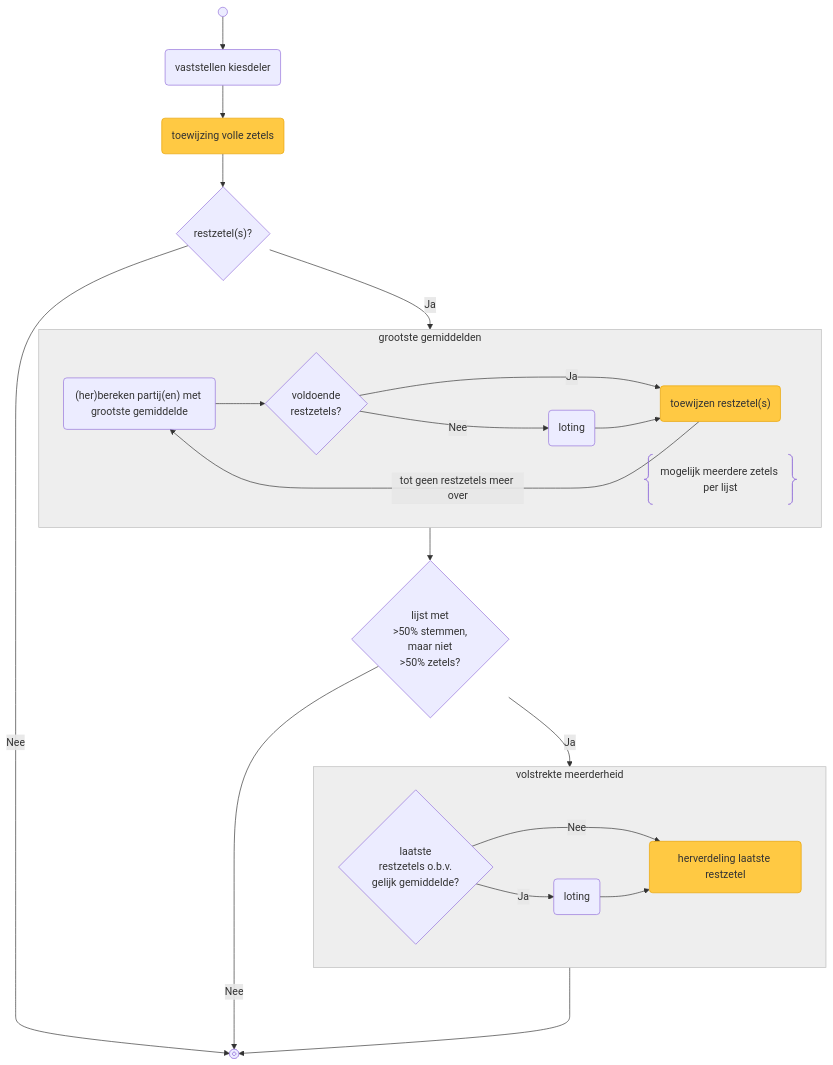
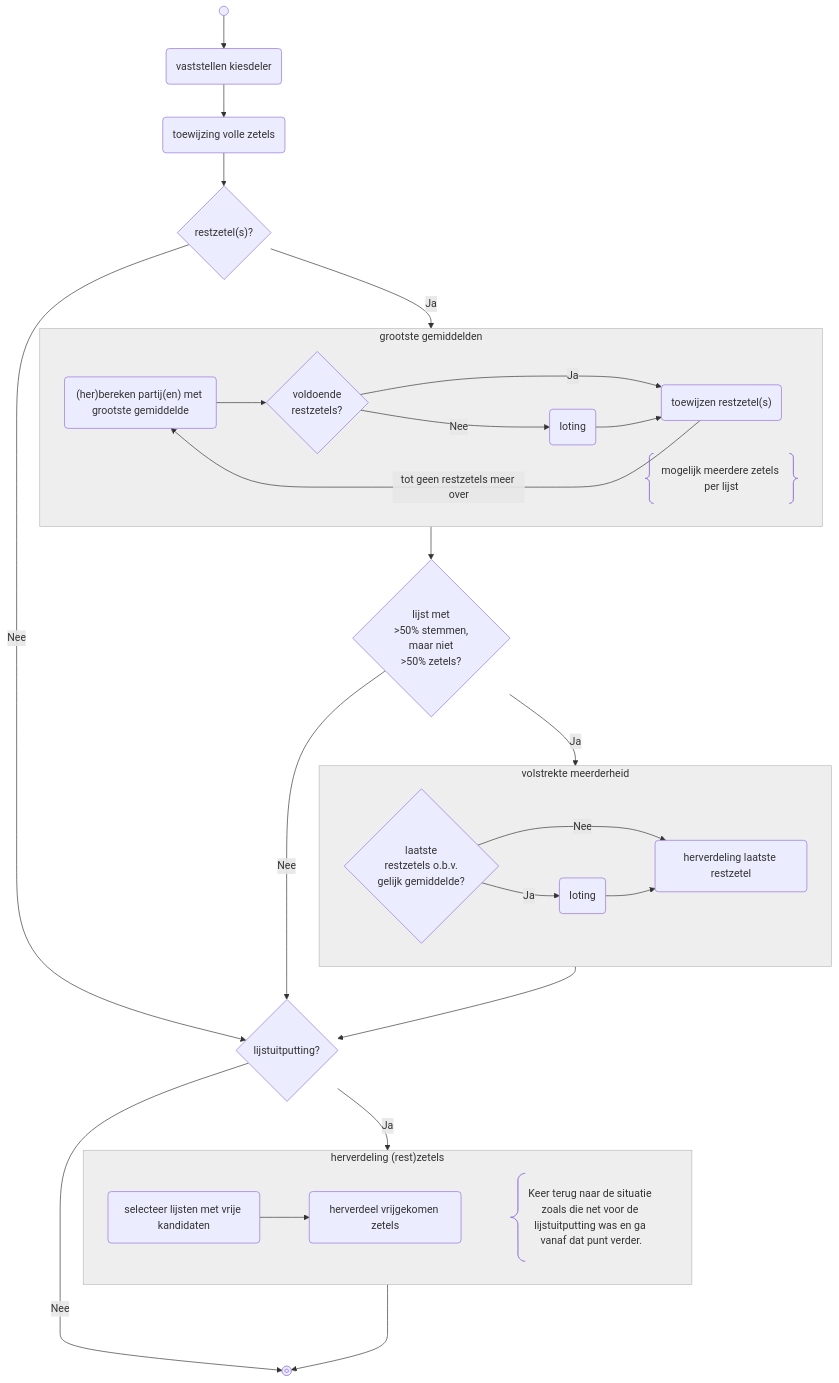
The first of 2 diagrams in verkiezingsproces/zetelverdeling-GR-flowchart.md (kiesraad/abacus-documentatie), drawn with Mermaid before and after one commit. The commit also changed other lines of this file, not shown here.

Commit message:
updates flowcharts so lijstuitputting is its own step

````diff
--- a/verkiezingsproces/zetelverdeling-GR-flowchart.md
+++ b/verkiezingsproces/zetelverdeling-GR-flowchart.md
@@ -10,61 +8,74 @@
 ```mermaid
 flowchart
     %% styling
-    classDef lijstuitputting fill:#ffc943,stroke:#e8a302
     classDef greyFill fill:#eee,stroke:#bbb;
 
     %% elements
     flow_start@{ shape: sm-circ, label: "start" }
     flow_end@{ shape: framed-circle, label: "end" }
 
     vaststellen_kiesdeler(vaststellen kiesdeler)
     toewijzing_volle_zetels(toewijzing volle zetels)
-    class toewijzing_volle_zetels lijstuitputting
 
     restzetels{"restzetel(s)?"}
 
     bereken_partijen_met_grootste_gemiddelde("(her)bereken partij(en) met grootste gemiddelde")
     voldoende_restzetels{voldoende<br/>restzetels?}
     loting_grootste_gemiddelden(loting)
     toewijzen_restzetels("toewijzen restzetel(s)")
-    class toewijzen_restzetels lijstuitputting
 
     meerderheid_aan_stemmen_maar_niet_zetels{lijst met<br/>>50% stemmen,<br/>maar niet<br/>>50% zetels?}
     laatste_restzetels_obv_gelijk_gemiddelde{laatste<br/>restzetels o.b.v.<br/>gelijk gemiddelde?}
     loting_volstrekte_meerderheid(loting)
     herverdeling_laatste_restzetel(herverdeling laatste restzetel)
-    class herverdeling_laatste_restzetel lijstuitputting
+
+    lijstuitputting{"lijstuitputting?"}
+    lijsten_met_vrije_kandidaten("selecteer lijsten met vrije kandidaten")
+    herverdeling_vrijgekomen_zetels("herverdeel vrijgekomen zetels")
 
     %% flow
     flow_start --> vaststellen_kiesdeler
     vaststellen_kiesdeler --> toewijzing_volle_zetels
     toewijzing_volle_zetels --> restzetels
 
-    restzetels -->|Nee| flow_end
+    restzetels -->|Nee| lijstuitputting
     restzetels -->|Ja| grootste_gemiddelden
 
     subgraph grootste_gemiddelden["grootste gemiddelden"]
         direction LR
         bereken_partijen_met_grootste_gemiddelde --> voldoende_restzetels
         voldoende_restzetels -->|Ja| toewijzen_restzetels
         voldoende_restzetels -->|Nee| loting_grootste_gemiddelden
         loting_grootste_gemiddelden --> toewijzen_restzetels
         toewijzen_restzetels -->|tot geen restzetels meer over| bereken_partijen_met_grootste_gemiddelde
         comment_grootste_gemiddelden@{ shape: braces, label: "mogelijk meerdere zetels per lijst" }
     end
     class grootste_gemiddelden greyFill;
 
     grootste_gemiddelden --> meerderheid_aan_stemmen_maar_niet_zetels
     meerderheid_aan_stemmen_maar_niet_zetels -->|Ja| volstrekte_meerderheid
-    meerderheid_aan_stemmen_maar_niet_zetels --->|Nee| flow_end
+    meerderheid_aan_stemmen_maar_niet_zetels --->|Nee| lijstuitputting
 
     subgraph volstrekte_meerderheid["volstrekte meerderheid"]
         direction LR
         laatste_restzetels_obv_gelijk_gemiddelde -->|Ja| loting_volstrekte_meerderheid
         laatste_restzetels_obv_gelijk_gemiddelde -->|Nee| herverdeling_laatste_restzetel
         loting_volstrekte_meerderheid --> herverdeling_laatste_restzetel
     end
     class volstrekte_meerderheid greyFill;
 
-    volstrekte_meerderheid ---> flow_end
+    volstrekte_meerderheid --> lijstuitputting
+    
+    lijstuitputting -->|Ja| herverdeling_restzetels
+    lijstuitputting --->|Nee| flow_end
+
+    subgraph herverdeling_restzetels["herverdeling (rest)zetels"]
+        direction LR
+        lijsten_met_vrije_kandidaten --> herverdeling_vrijgekomen_zetels
+        herverdeling@{ shape: comment, label: "Keer terug naar de situatie zoals die net voor de lijstuitputting was en ga vanaf dat punt verder." }
+        herverdeling_vrijgekomen_zetels ~~~ herverdeling
+    end
+    class herverdeling_restzetels greyFill;
+
+    herverdeling_restzetels ---> flow_end
 ```
````
